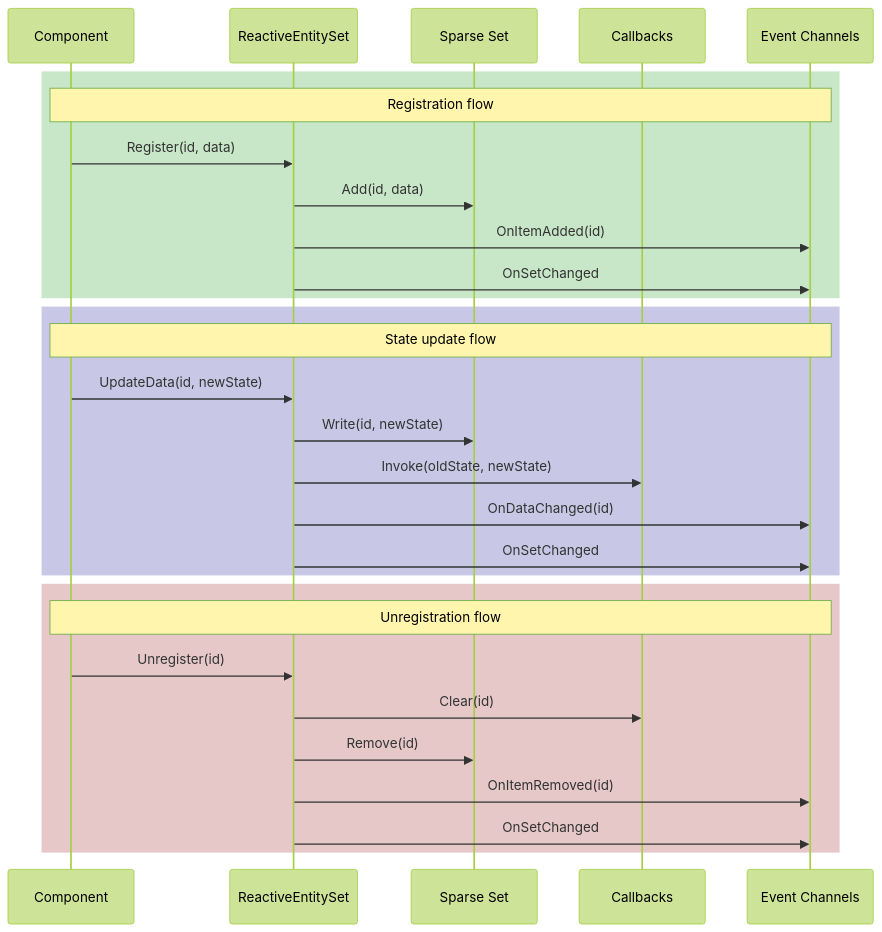
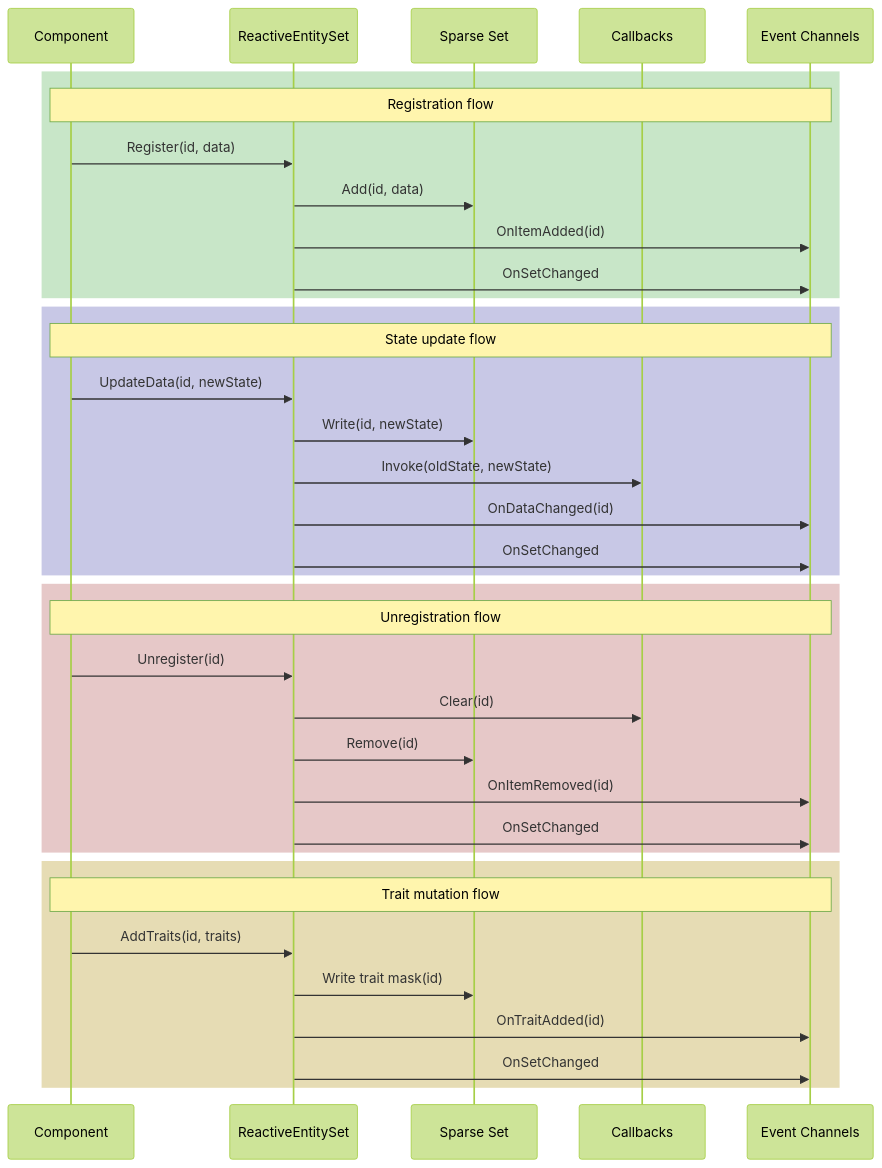
One commit to tang3cko/ReactiveSO-docs changed the diagram in en/guides/reactive-entity-sets/events.md. Above: the diagram before and after it, drawn with Mermaid (forest theme). The commit also changed other lines of this file and 46 other files, not shown here.

````diff
--- a/en/guides/reactive-entity-sets/events.md
+++ b/en/guides/reactive-entity-sets/events.md
@@ -209,34 +211,42 @@
 ```mermaid
 sequenceDiagram
     participant C as Component
     participant RES as ReactiveEntitySet
     participant SS as Sparse Set
     participant CB as Callbacks
     participant EC as Event Channels
 
     rect rgb(200, 230, 200)
     Note over C,EC: Registration flow
     C->>RES: Register(id, data)
     RES->>SS: Add(id, data)
     RES->>EC: OnItemAdded(id)
     RES->>EC: OnSetChanged
     end
 
     rect rgb(200, 200, 230)
     Note over C,EC: State update flow
     C->>RES: UpdateData(id, newState)
     RES->>SS: Write(id, newState)
     RES->>CB: Invoke(oldState, newState)
     RES->>EC: OnDataChanged(id)
     RES->>EC: OnSetChanged
     end
 
     rect rgb(230, 200, 200)
     Note over C,EC: Unregistration flow
     C->>RES: Unregister(id)
     RES->>CB: Clear(id)
     RES->>SS: Remove(id)
     RES->>EC: OnItemRemoved(id)
     RES->>EC: OnSetChanged
     end
+
+    rect rgb(230, 220, 180)
+    Note over C,EC: Trait mutation flow
+    C->>RES: AddTraits(id, traits)
+    RES->>SS: Write trait mask(id)
+    RES->>EC: OnTraitAdded(id)
+    RES->>EC: OnSetChanged
+    end
 ```
````
